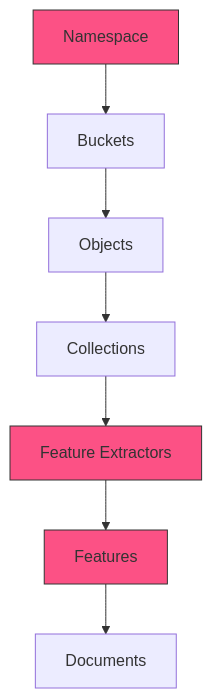
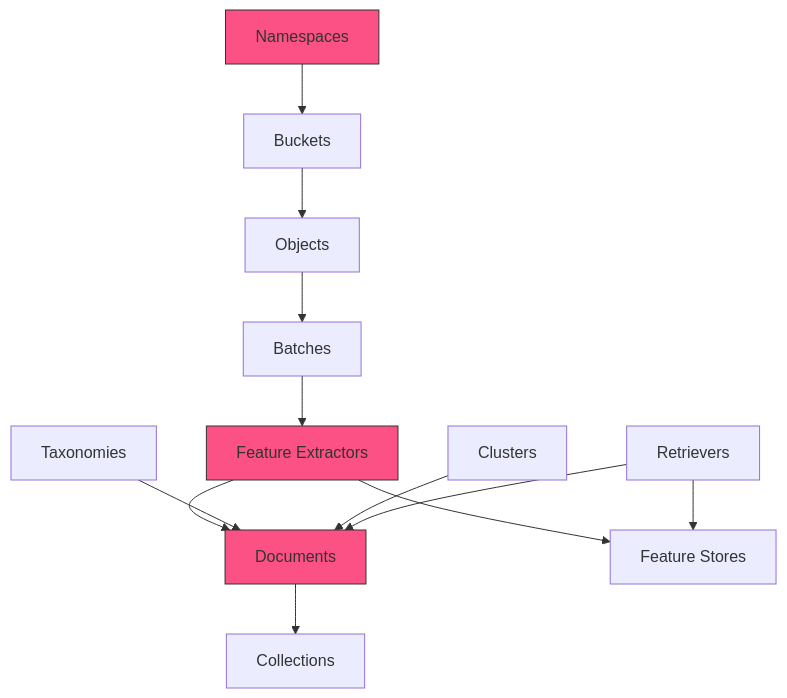
One commit to mixpeek/docs changed the diagram in overview/concepts.mdx. Above: the diagram before and after it, drawn with Mermaid. The commit also changed other lines of this file and 28 other files, not shown here.

````diff
--- a/overview/concepts.mdx
+++ b/overview/concepts.mdx
@@ -37,14 +37,18 @@
   ```mermaid
   graph TD
-    A[Namespace] --> B[Buckets]
-    B --> D[Objects]
-    D --> C[Collections]
-    
-    C --> FE[Feature Extractors]
-    FE --> F[Features]
-    F --> E[Documents]
-    
-    style A fill:#FC5185,stroke:#333
-    style FE fill:#FC5185,stroke:#333
-    style F fill:#FC5185,stroke:#333
+    NS[Namespaces] --> BK[Buckets]
+    BK --> OBJ[Objects]
+    OBJ --> BAT[Batches]
+    BAT --> FX[Feature Extractors]
+    FX --> DOC[Documents]
+    DOC --> COL[Collections]
+    FX --> FS[Feature Stores]
+    TAX[Taxonomies] --> DOC
+    CLU[Clusters] --> DOC
+    RET[Retrievers] --> FS
+    RET --> DOC
+
+    style NS fill:#FC5185,stroke:#333
+    style FX fill:#FC5185,stroke:#333
+    style DOC fill:#FC5185,stroke:#333
   ```
````
